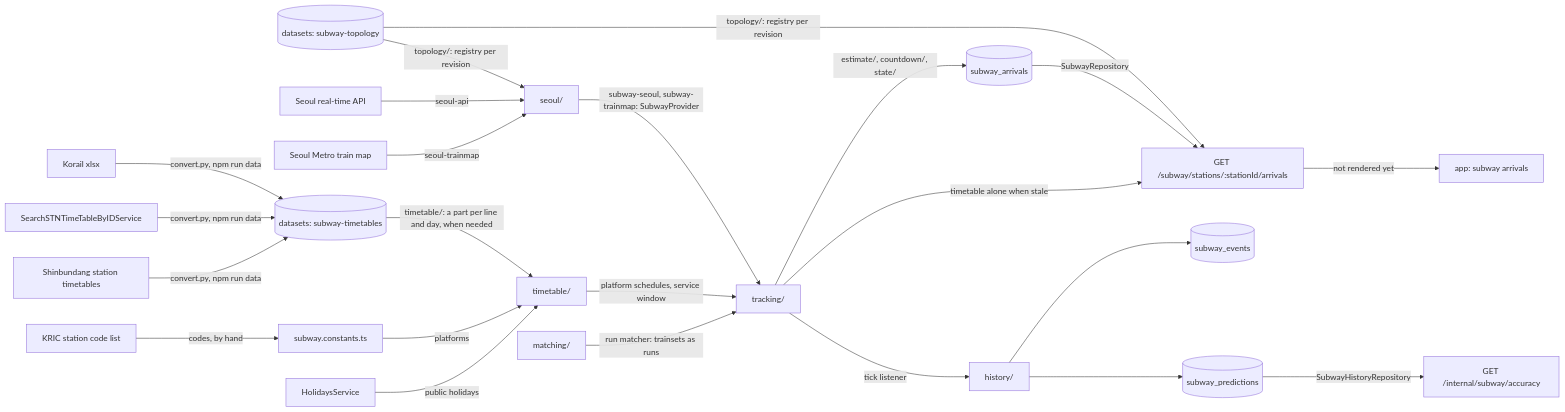
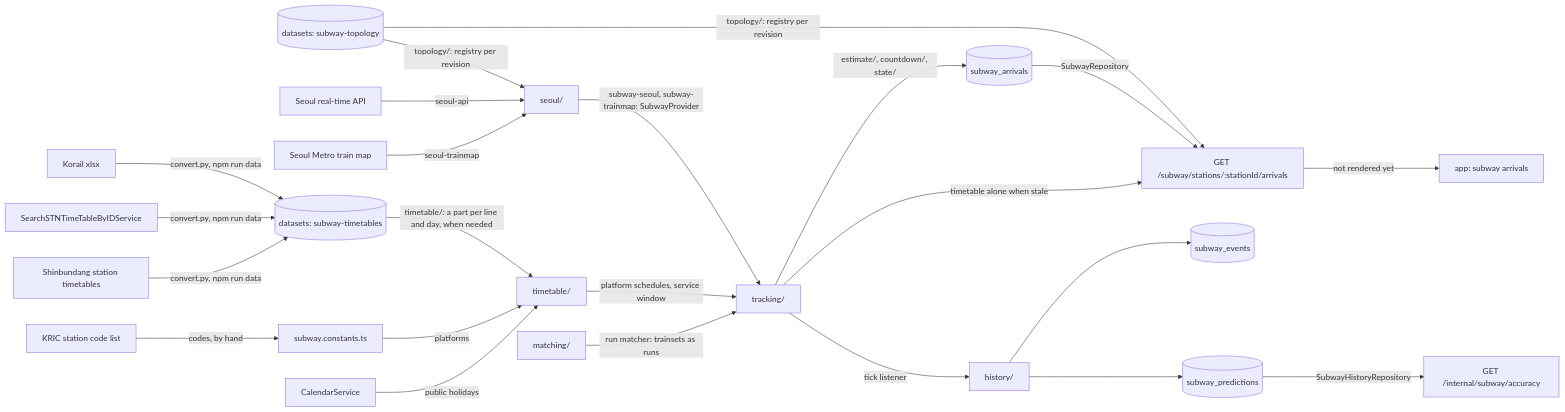
Before and after one commit to skkuverse/skkuverse-server: the diagram in docs/explanation/subway-architecture.md, drawn with Mermaid. The commit also changed other lines of this file and 73 other files, not shown here.

Commit message:
refactor(calendar): rename the holidays module to calendar

````diff
--- a/docs/explanation/subway-architecture.md
+++ b/docs/explanation/subway-architecture.md
@@ -102,25 +102,25 @@
 ```mermaid
 flowchart LR
   kric["KRIC station code list"] -->|codes, by hand| network["subway.constants.ts"]
   xlsx["Korail xlsx"] -->|"convert.py, npm run data"| tt[("datasets: subway-timetables")]
   seoultt["SearchSTNTimeTableByIDService"] -->|"convert.py, npm run data"| tt
   sbl["Shinbundang station timetables"] -->|"convert.py, npm run data"| tt
   tt -->|"timetable/: a part per line and day, when needed"| timetable["timetable/"]
   network -->|platforms| timetable
   topologyds[("datasets: subway-topology")] -->|"topology/: registry per revision"| seoul
   topologyds -->|"topology/: registry per revision"| route
-  holidays["HolidaysService"] -->|public holidays| timetable
+  holidays["CalendarService"] -->|public holidays| timetable
   seoulapi["Seoul real-time API"] -->|seoul-api| seoul["seoul/"]
   trainmap["Seoul Metro train map"] -->|seoul-trainmap| seoul
   seoul -->|"subway-seoul, subway-trainmap: SubwayProvider"| tracking["tracking/"]
   timetable -->|platform schedules, service window| tracking
   matching["matching/"] -->|"run matcher: trainsets as runs"| tracking
   tracking -->|"estimate/, countdown/, state/"| coll[("subway_arrivals")]
   coll -->|SubwayRepository| route["GET /subway/stations/:stationId/arrivals"]
   tracking -->|timetable alone when stale| route
   route -->|not rendered yet| screen["app: subway arrivals"]
   tracking -->|tick listener| history["history/"]
   history --> events[("subway_events")]
   history --> predictions[("subway_predictions")]
   predictions -->|SubwayHistoryRepository| report["GET /internal/subway/accuracy"]
 ```
````
